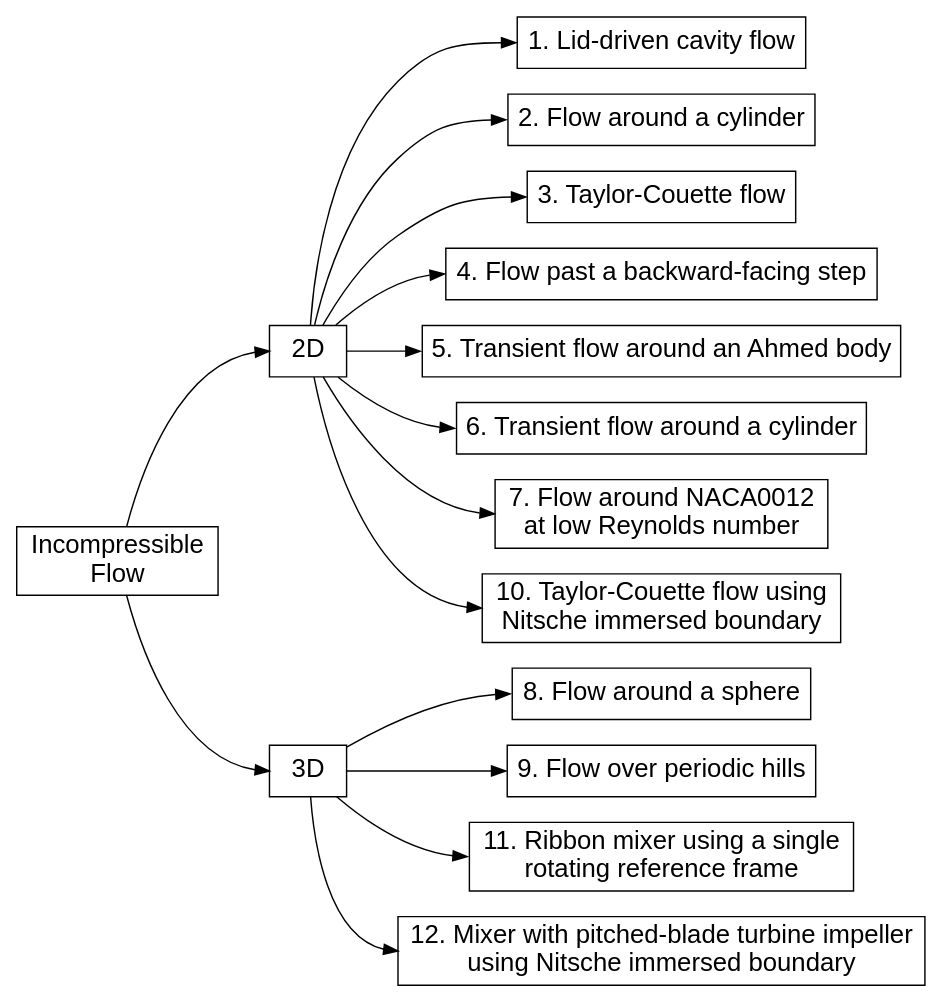
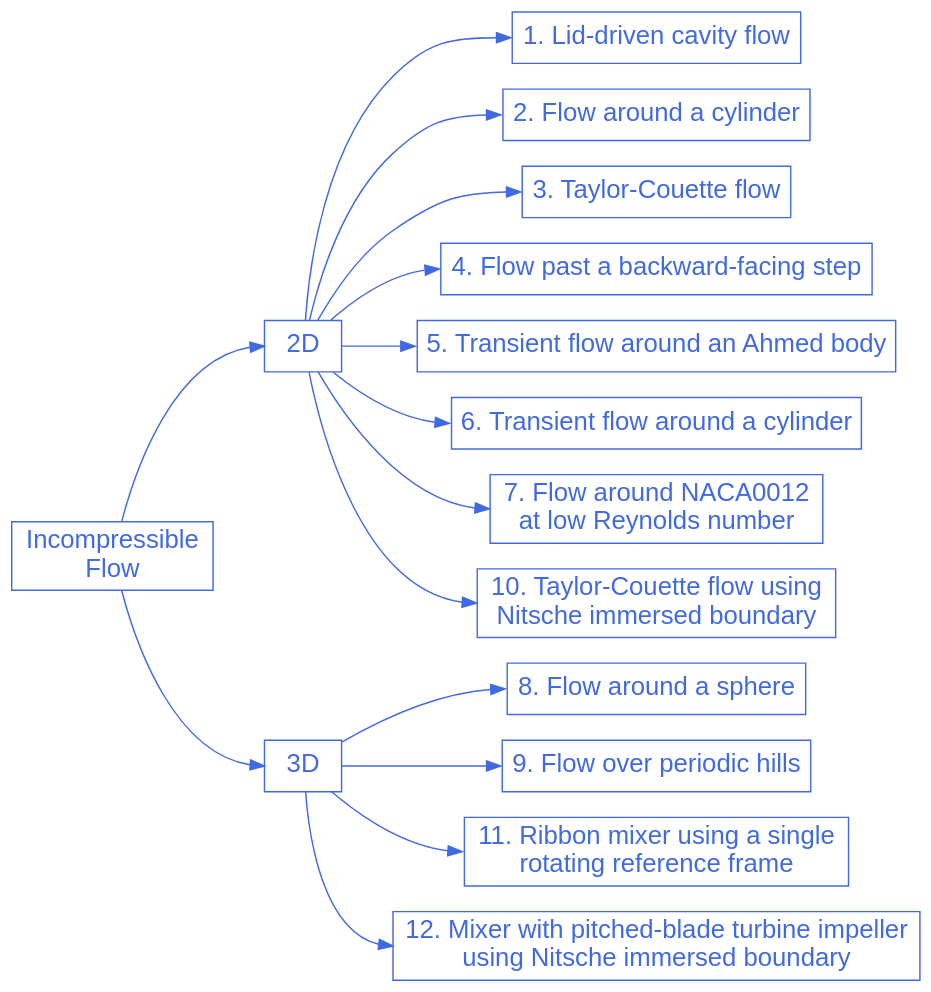
Before and after one commit to chaos-polymtl/lethe: the diagram in doc/source/examples/incompressible-flow/incompressible-flow.rst, drawn with Graphviz. The commit also changed 5 other files, not shown here.

```diff
--- a/doc/source/examples/incompressible-flow/incompressible-flow.rst
+++ b/doc/source/examples/incompressible-flow/incompressible-flow.rst
@@ -24,56 +24,54 @@
 .. graphviz:: 
 
     digraph incompressible_diagram {
-      graph [align=true];
-      node [fontname=Arial, fontsize=18,  shape=box];
-      center=true;
-      fontname="Comic Sans MS";
-      fontsize = "20";
+      graph [bgcolor="transparent", align=true];
+      node [fontname=Arial, fontsize=18, shape=box, fontcolor=royalblue, color=royalblue];
+      edge [color=royalblue];
       rankdir="LR";
       size = "9,9";
 
       incompressible_flow [label="Incompressible \nFlow", href="https://lethe-cfd.github.io/lethe/examples/incompressible-flow/incompressible-flow.html"];
 
-      incompressible_1 [label="2D",shape=polygon,sides=4]; 
+      incompressible_1 [label="2D"]; 
 
       incompressible_1_1 [label="1. Lid-driven cavity flow",href="https://lethe-cfd.github.io/lethe/examples/incompressible-flow/2d-lid%E2%80%90driven-cavity-flow/lid%E2%80%90driven-cavity-flow.html"]; 
 
       incompressible_1_2 [label="2. Flow around a cylinder", href="https://lethe-cfd.github.io/lethe/examples/incompressible-flow/2d-flow-around-cylinder/2d-flow-around-cylinder.html"];
 
       incompressible_1_3 [label="3. Taylor-Couette flow", href="https://lethe-cfd.github.io/lethe/examples/incompressible-flow/2d-taylor-couette-flow/2d-taylor-couette-flow.html"];
 
       incompressible_1_4 [label="4. Flow past a backward-facing step", href="https://lethe-cfd.github.io/lethe/examples/incompressible-flow/2d-backward-facing-step/2d-backward-facing-step.html"];
 
       incompressible_1_5 [label="5. Transient flow around an Ahmed body", href="https://lethe-cfd.github.io/lethe/examples/incompressible-flow/2d-transient-around-ahmed-body/2d-transient-around-ahmed-body.html"];
 
       incompressible_1_6 [label="6. Transient flow around a cylinder", href="https://lethe-cfd.github.io/lethe/examples/incompressible-flow/2d-transient-flow-around-cylinder/2d-transient-flow-around-cylinder.html"];
 
       incompressible_1_7 [label="7. Flow around NACA0012 \nat low Reynolds number", href="https://lethe-cfd.github.io/lethe/examples/incompressible-flow/2d-naca0012-low-reynolds/2d-naca0012-low-reynolds.html"];
 
       incompressible_1_8 [label="10. Taylor-Couette flow using \nNitsche immersed boundary", href="https://lethe-cfd.github.io/lethe/examples/incompressible-flow/2d-taylor-couette-flow-nitsche/2d-taylor-couette-flow-nitsche.html"];
 
       incompressible_2 [label="3D",shape=polygon,sides=4]; 
 
       incompressible_2_1 [label="8. Flow around a sphere", href="https://lethe-cfd.github.io/lethe/examples/incompressible-flow/3d-flow-around-sphere/flow-around-sphere.html"];
       
       incompressible_2_2 [label="9. Flow over periodic hills", href="https://lethe-cfd.github.io/lethe/examples/incompressible-flow/3d-flow-over-periodic-hills/3d-flow-over-periodic-hills.html"];
 
       incompressible_2_3 [label="11. Ribbon mixer using a single \n rotating reference frame", href="https://lethe-cfd.github.io/lethe/examples/incompressible-flow/3d-mixer-using-single-rotating-frame/3d-mixer-using-single-rotating-frame.html"];
 
       incompressible_2_4 [label="12. Mixer with pitched-blade turbine impeller \nusing Nitsche immersed boundary", href="https://lethe-cfd.github.io/lethe/examples/incompressible-flow/3d-nitsche-mixer-with-pbt-impeller/nitsche-mixer-with-pbt-impeller.html"];
 
       incompressible_flow -> incompressible_1:w;
       incompressible_flow -> incompressible_2:w;
       incompressible_1 -> incompressible_1_1:w;
       incompressible_1 -> incompressible_1_2:w;
       incompressible_1 -> incompressible_1_3:w;
       incompressible_1 -> incompressible_1_4:w;
       incompressible_1 -> incompressible_1_5:w;
       incompressible_1 -> incompressible_1_6:w;
       incompressible_1 -> incompressible_1_7:w;
       incompressible_1 -> incompressible_1_8:w;
       incompressible_2 -> incompressible_2_1:w;
       incompressible_2 -> incompressible_2_2:w;
       incompressible_2 -> incompressible_2_3:w;
       incompressible_2 -> incompressible_2_4:w;
     }
```
